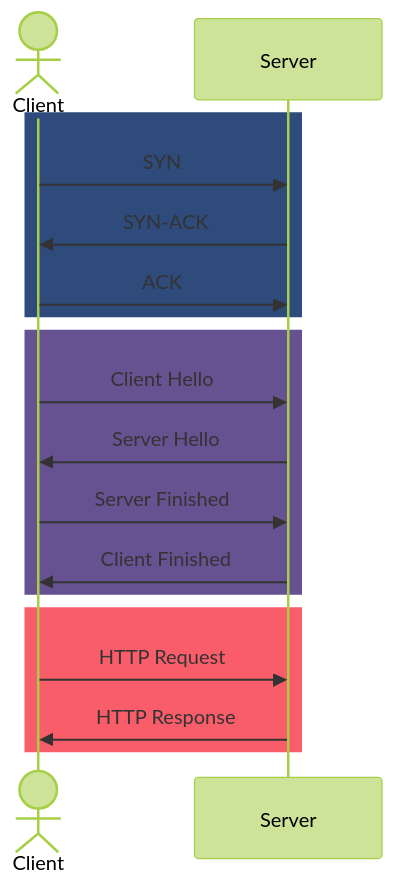
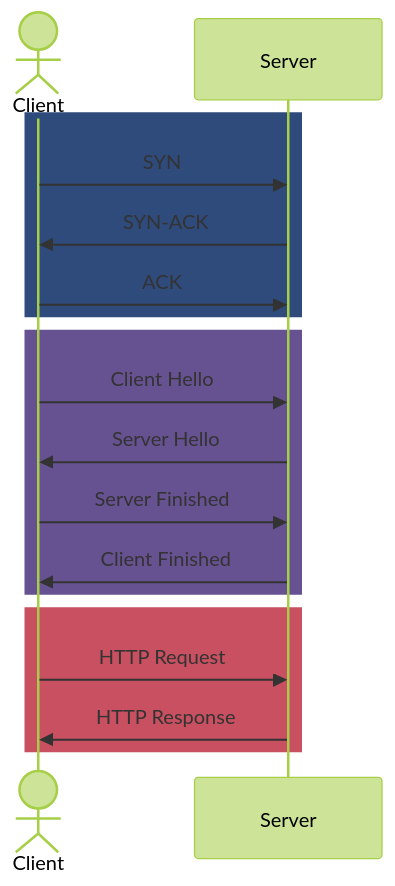
Before and after one commit to sudorandom/kmcd.dev: the first of 3 diagrams in content/posts/2024/grpc-over-http3/index.md, drawn with Mermaid (forest theme). The commit also changed other lines of this file, not shown here.

Commit message:
trivial: adjust color of mermaid seq diagg

````diff
--- a/content/posts/2024/grpc-over-http3/index.md
+++ b/content/posts/2024/grpc-over-http3/index.md
@@ -36,22 +36,22 @@
 ```mermaid
 sequenceDiagram
     actor Client
 
     rect rgb(47,75,124)
         Client ->> Server: SYN
         Server ->> Client: SYN-ACK
         Client ->> Server: ACK
     end
 
     rect rgb(102,81,145)
         Client ->> Server: Client Hello
         Server ->> Client: Server Hello
         Client ->> Server: Server Finished
         Server ->> Client: Client Finished
     end
 
-    rect rgb(249,93,106)
+    rect rgb(200,80,96)
         Client ->> Server: HTTP Request
         Server ->> Client: HTTP Response
     end
 ```
````
